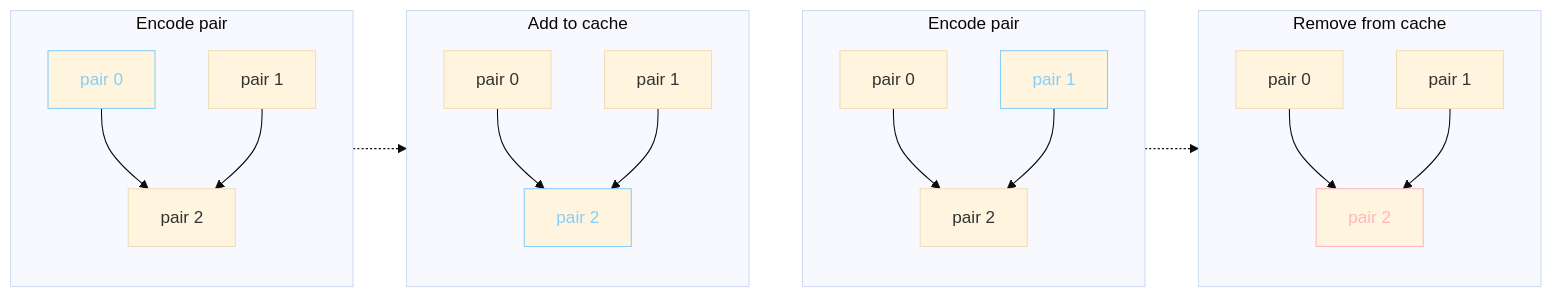
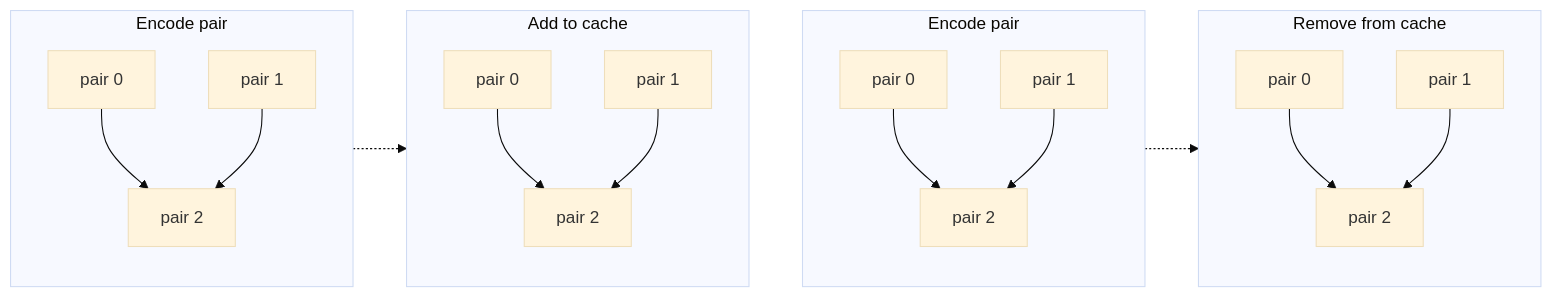
Before and after one commit to raviqqe/doc: the diagram in slides/papers/stak-scheme/merge.mmd, drawn with Mermaid (base theme).

```diff
--- a/slides/papers/stak-scheme/merge.mmd
+++ b/slides/papers/stak-scheme/merge.mmd
@@ -1,37 +1,34 @@
 flowchart LR
   subgraph s0[Encode pair]
     direction TB
 
-    c0[pair 0]:::current --> c2[pair 2]
+    c0[pair 0]:::blue --> c2[pair 2]
     c1[pair 1] --> c2
   end
 
   s0 -.-> s1
 
   subgraph s1[Add to cache]
     direction TB
 
-    c3[pair 0] --> c5[pair 2]:::current
+    c3[pair 0] --> c5[pair 2]:::blue
     c4[pair 1] --> c5
   end
 
   s1 ~~~ s2
 
   subgraph s2[Encode pair]
     direction TB
 
     c6[pair 0] --> c8[pair 2]
-    c7[pair 1]:::current --> c8
+    c7[pair 1]:::blue --> c8
   end
 
   s2 -.-> s3
 
   subgraph s3[Remove from cache]
     direction TB
 
-    c9[pair 0] --> c11[pair 2]:::remove
+    c9[pair 0] --> c11[pair 2]:::red
     c10[pair 1] --> c11
   end
-
- classDef current color:lightskyblue,stroke:lightskyblue
- classDef remove color:lightpink,stroke:lightpink
```
